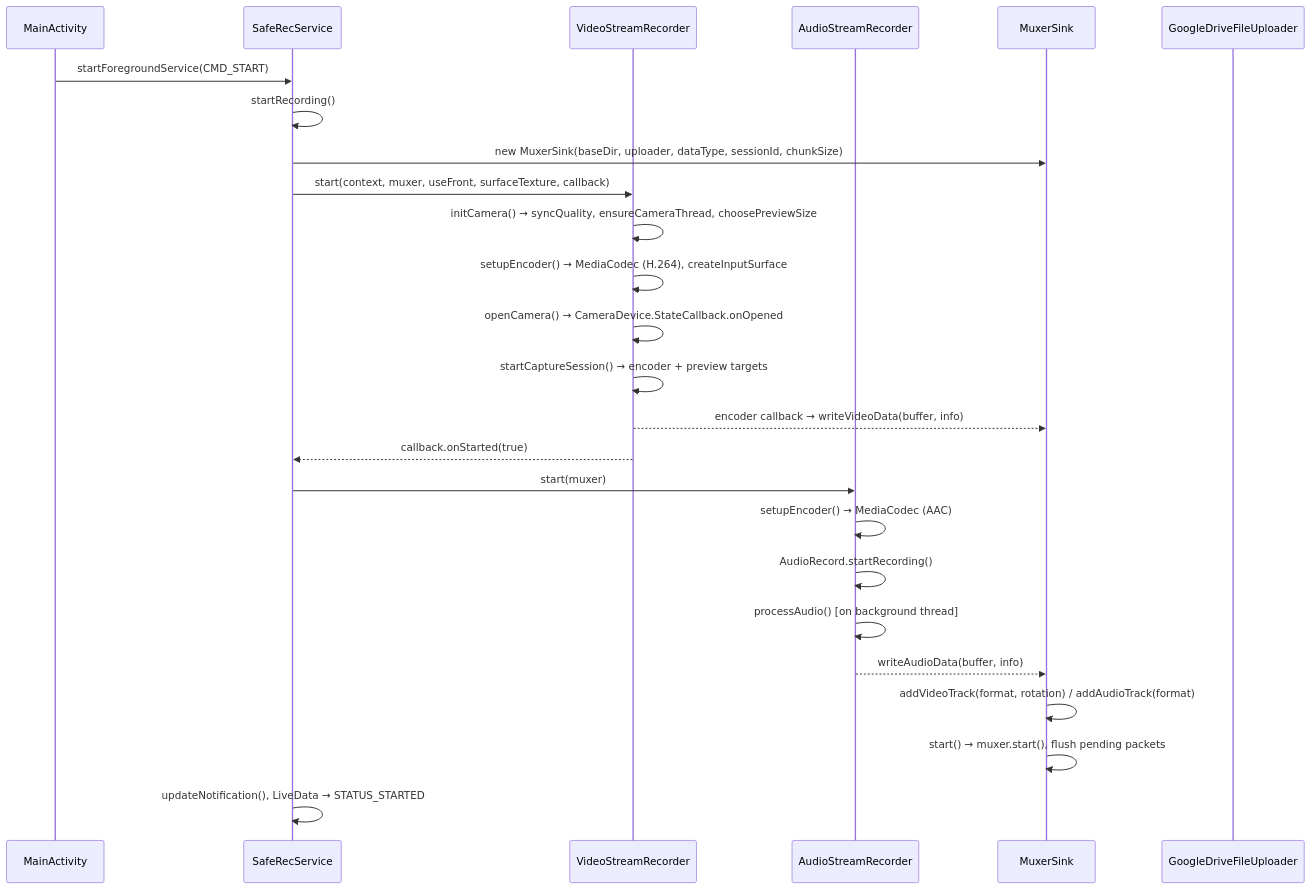
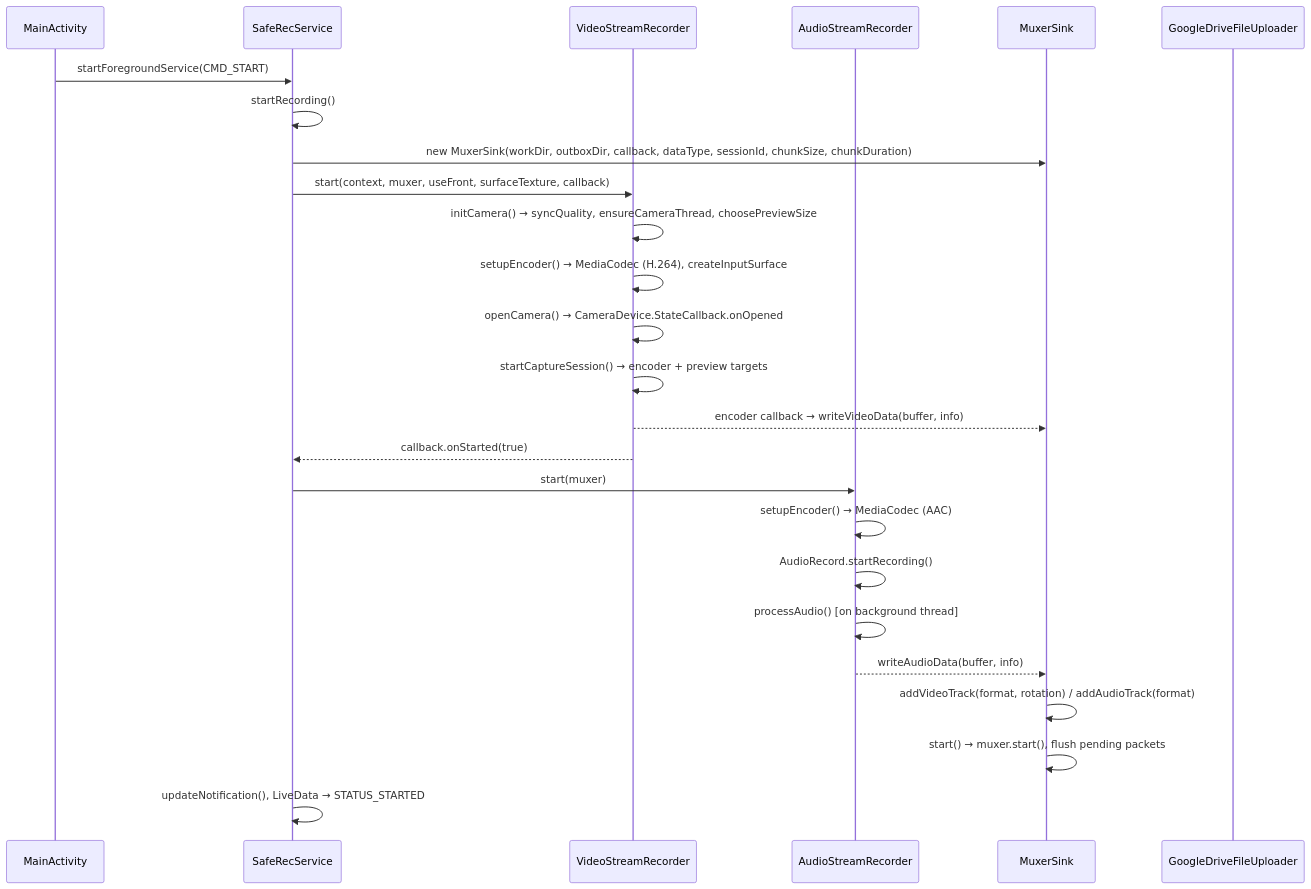
One commit to ark3us/saferec changed the second of 4 diagrams in AGENTS.md. Above: the diagram before and after it, drawn with Mermaid. The commit also changed other lines of this file and 1 other file, not shown here.

Commit message:
Document outbox, retry and Drive folder rules

````diff
--- a/AGENTS.md
+++ b/AGENTS.md
@@ -132,28 +134,28 @@
 ```mermaid
 sequenceDiagram
     participant MA as MainActivity
     participant SRS as SafeRecService
     participant VSR as VideoStreamRecorder
     participant ASR as AudioStreamRecorder
     participant MS as MuxerSink
     participant GDFU as GoogleDriveFileUploader
 
     MA->>SRS: startForegroundService(CMD_START)
     SRS->>SRS: startRecording()
-    SRS->>MS: new MuxerSink(baseDir, uploader, dataType, sessionId, chunkSize)
+    SRS->>MS: new MuxerSink(workDir, outboxDir, callback, dataType, sessionId, chunkSize, chunkDuration)
     SRS->>VSR: start(context, muxer, useFront, surfaceTexture, callback)
     VSR->>VSR: initCamera() → syncQuality, ensureCameraThread, choosePreviewSize
     VSR->>VSR: setupEncoder() → MediaCodec (H.264), createInputSurface
     VSR->>VSR: openCamera() → CameraDevice.StateCallback.onOpened
     VSR->>VSR: startCaptureSession() → encoder + preview targets
     VSR-->>MS: encoder callback → writeVideoData(buffer, info)
     VSR-->>SRS: callback.onStarted(true)
     SRS->>ASR: start(muxer)
     ASR->>ASR: setupEncoder() → MediaCodec (AAC)
     ASR->>ASR: AudioRecord.startRecording()
     ASR->>ASR: processAudio() [on background thread]
     ASR-->>MS: writeAudioData(buffer, info)
     MS->>MS: addVideoTrack(format, rotation) / addAudioTrack(format)
     MS->>MS: start() → muxer.start(), flush pending packets
     SRS->>SRS: updateNotification(), LiveData → STATUS_STARTED
 ```
````
